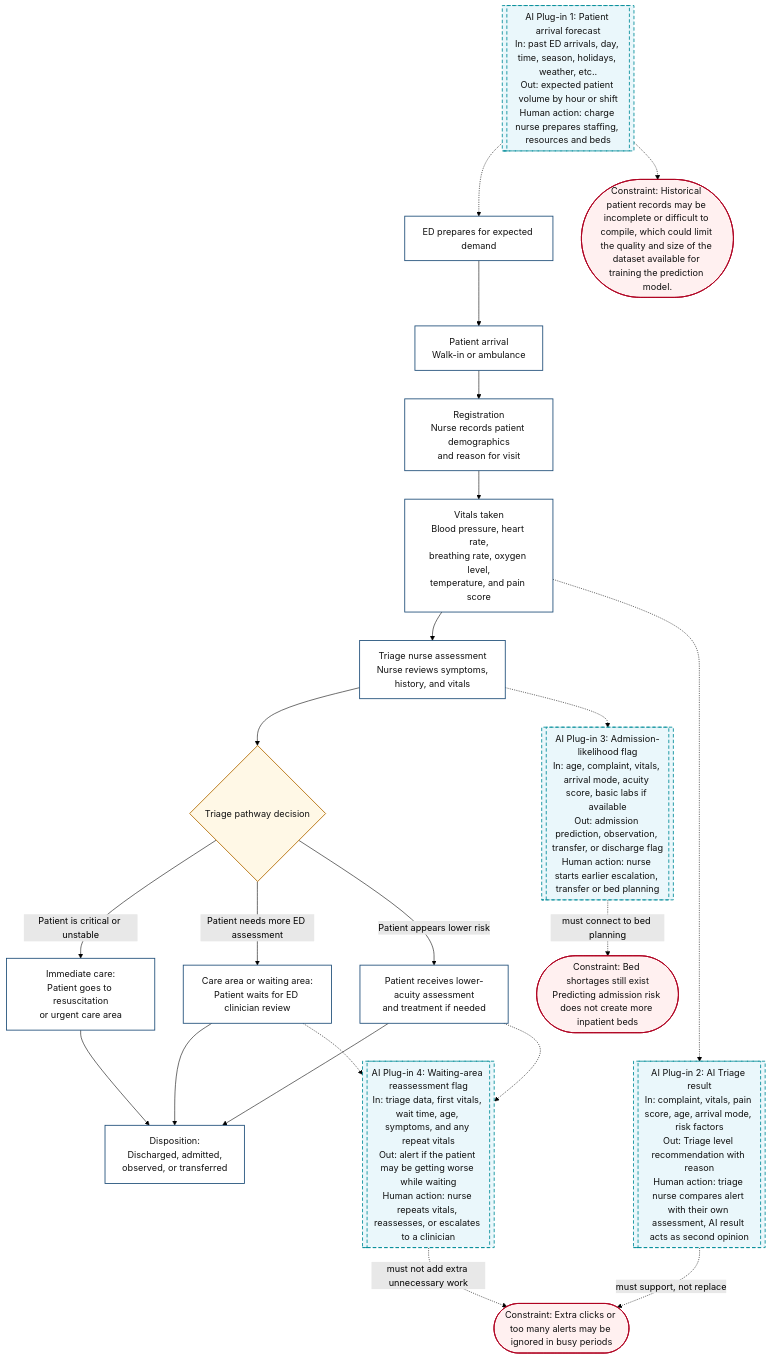
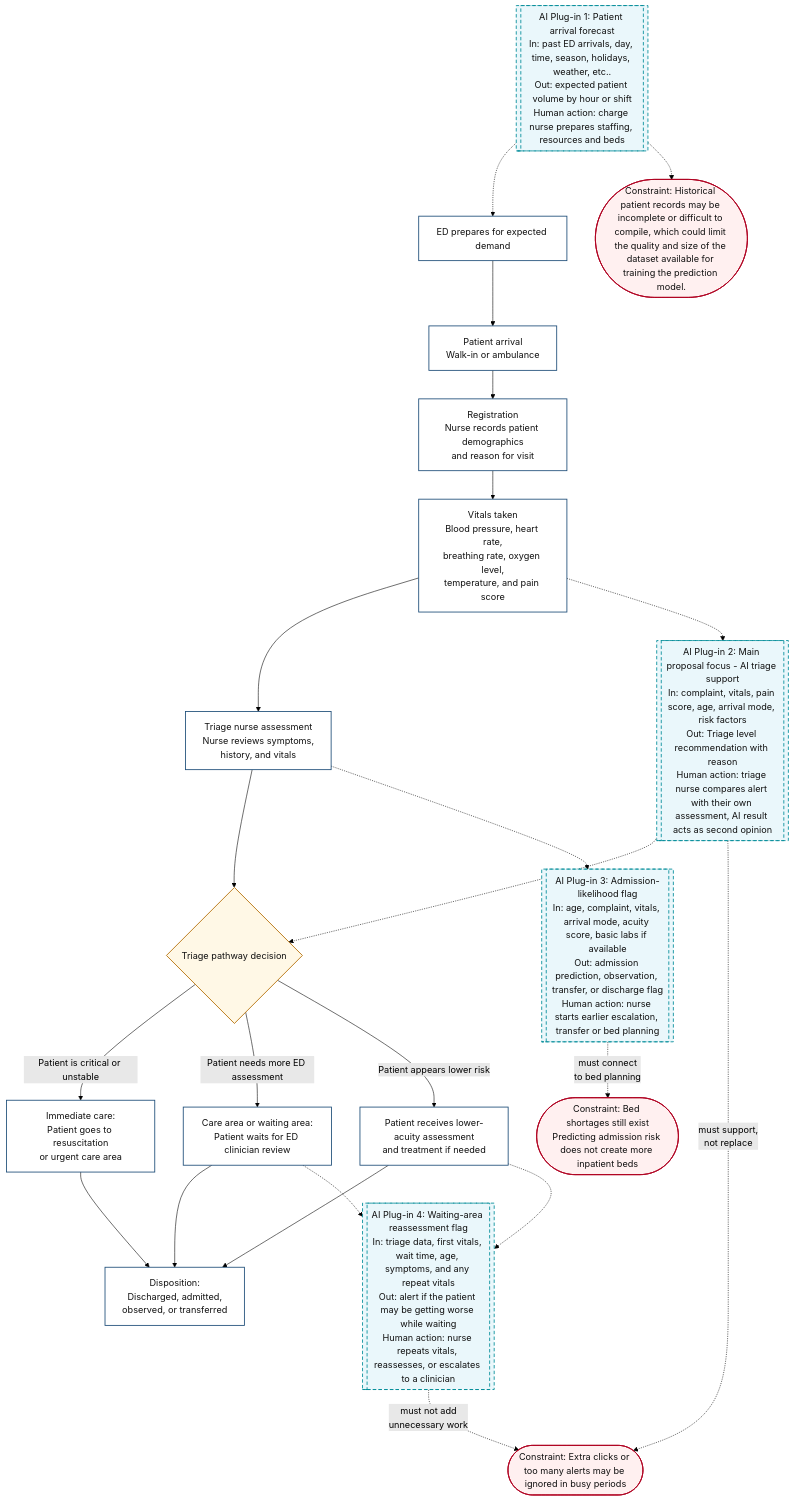
Before and after one commit to tinadams/carisurg-portfolio: the diagram in docs/week_3_workflow_diagram.md, drawn with Mermaid (forest theme).

Commit message:
Update AI Plug-in 2 description in workflow diagram

````diff
--- a/docs/week_3_workflow_diagram.md
+++ b/docs/week_3_workflow_diagram.md
@@ -1,60 +1,62 @@
 ```mermaid
 flowchart TD
 
 A[Patient arrival<br/>Walk-in or ambulance] --> B[Registration<br/>Nurse records patient demographics<br/>and reason for visit]
 
 B --> C[Vitals taken<br/>Blood pressure, heart rate,<br/>breathing rate, oxygen level,<br/>temperature, and pain score]
 
 C --> D[Triage nurse assessment<br/>Nurse reviews symptoms,<br/>history, and vitals]
 
 D --> E{Triage pathway decision}
 
 E -->|Patient is critical or unstable| F[Immediate care:<br/>Patient goes to resuscitation<br/>or urgent care area]
 
 E -->|Patient needs more ED assessment| G[Care area or waiting area:<br/>Patient waits for ED clinician review]
 
 E -->|Patient appears lower risk| H[Patient receives lower-acuity assessment<br/>and treatment if needed]
 
 I[Disposition:<br/>Discharged, admitted,<br/>observed, or transferred]
 F --> I
 G --> I
 H --> I
 
+
 AI1[[AI Plug-in 1: Patient arrival forecast<br/>In: past ED arrivals, day, time, season, holidays, weather, etc..<br/>Out: expected patient volume by hour or shift<br/>Human action: charge nurse prepares staffing, resources and beds]]
 
-AI2[[AI Plug-in 2: AI Triage result<br/>In: complaint, vitals, pain score, age, arrival mode, risk factors<br/>Out: Triage level recommendation with reason<br/>Human action: triage nurse compares alert with their own assessment, AI result acts as second opinion]]
+AI2[[AI Plug-in 2: Main proposal focus - AI triage support<br/>In: complaint, vitals, pain score, age, arrival mode, risk factors<br/>Out: Triage level recommendation with reason<br/>Human action: triage nurse compares alert with their own assessment, AI result acts as second opinion]]
 
 AI3[[AI Plug-in 3: Admission-likelihood flag<br/>In: age, complaint, vitals, arrival mode, acuity score, basic labs if available<br/>Out: admission prediction, observation, transfer, or discharge flag<br/>Human action: nurse starts earlier escalation, transfer or bed planning]]
 
 AI4[[AI Plug-in 4: Waiting-area reassessment flag<br/>In: triage data, first vitals, wait time, age, symptoms, and any repeat vitals<br/>Out: alert if the patient may be getting worse while waiting<br/>Human action: nurse repeats vitals, reassesses, or escalates to a clinician]]
 
 PRE[ED prepares for expected demand]
 
 AI1 -.-> PRE
 PRE --> A
 D -.-> AI3
 C -.-> AI2
+AI2 -.-> E
 G -.-> AI4
 H -.-> AI4
 
 C1([Constraint: Historical patient records may be incomplete or difficult to compile, which could limit the quality and size of the dataset available for training the prediction model.])
 
 C2([Constraint: Extra clicks or too many alerts may be ignored in busy periods])
 
 C3([Constraint: Bed shortages still exist<br/>Predicting admission risk does not create more inpatient beds])
 
 AI1 -.-> C1
-AI2 -. must support, not replace .-> C2
-AI3 -. must connect to bed planning .-> C3
-AI4 -. must not add extra unnecessary work .-> C2
+AI2 -.->|must support,<br/>not replace| C2
+AI3 -.->|must connect<br/>to bed planning| C3
+AI4 -.->|must not add<br/>unnecessary work| C2
 
 classDef process fill:#ffffff,stroke:#1f4e79,stroke-width:1.5px,color:#111;
 classDef decision fill:#fff8e6,stroke:#b36b00,stroke-width:1.5px,color:#111;
 classDef ai fill:#eaf7fb,stroke:#008c99,stroke-width:1.5px,stroke-dasharray: 6 4,color:#111;
 classDef constraint fill:#fff0f0,stroke:#b00020,stroke-width:1.5px,color:#111;
 
 class A,B,C,D,F,G,H,I,PRE process;
 class E decision;
 class AI1,AI2,AI3,AI4 ai;
 class C1,C2,C3 constraint;
 ```
````
